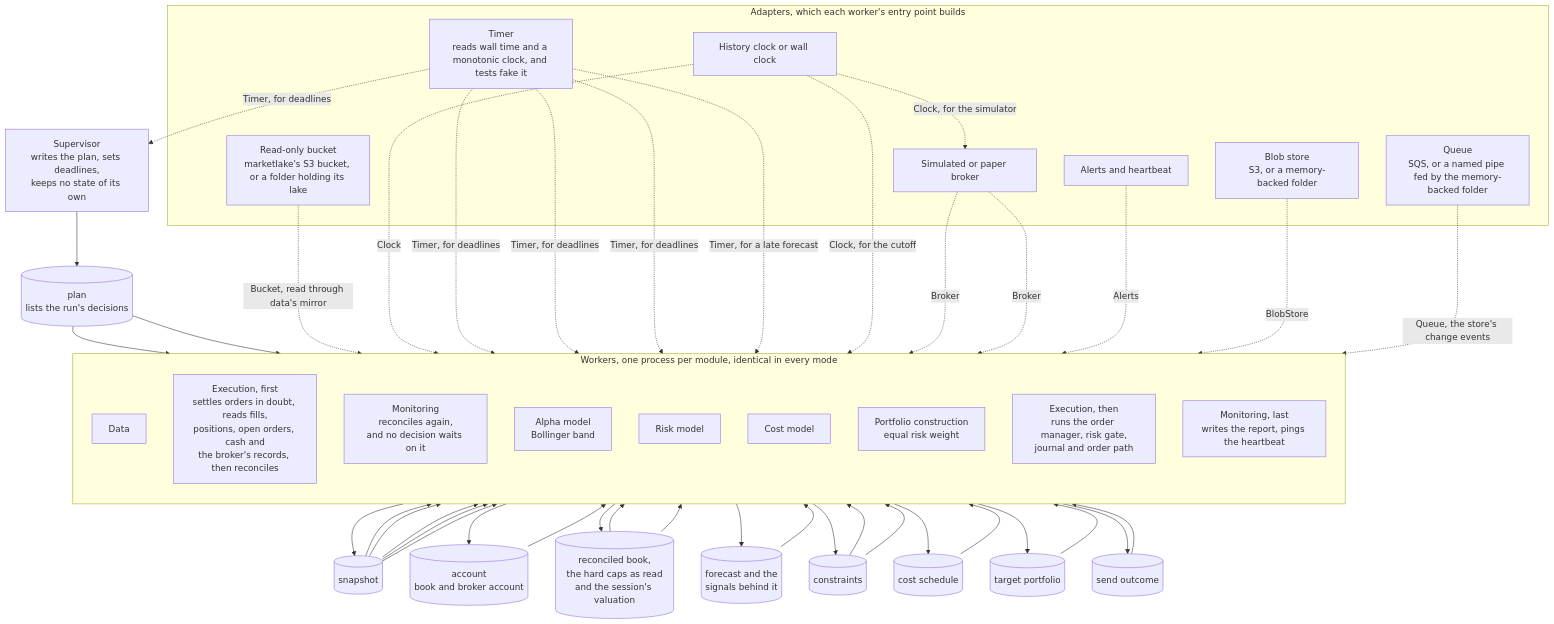
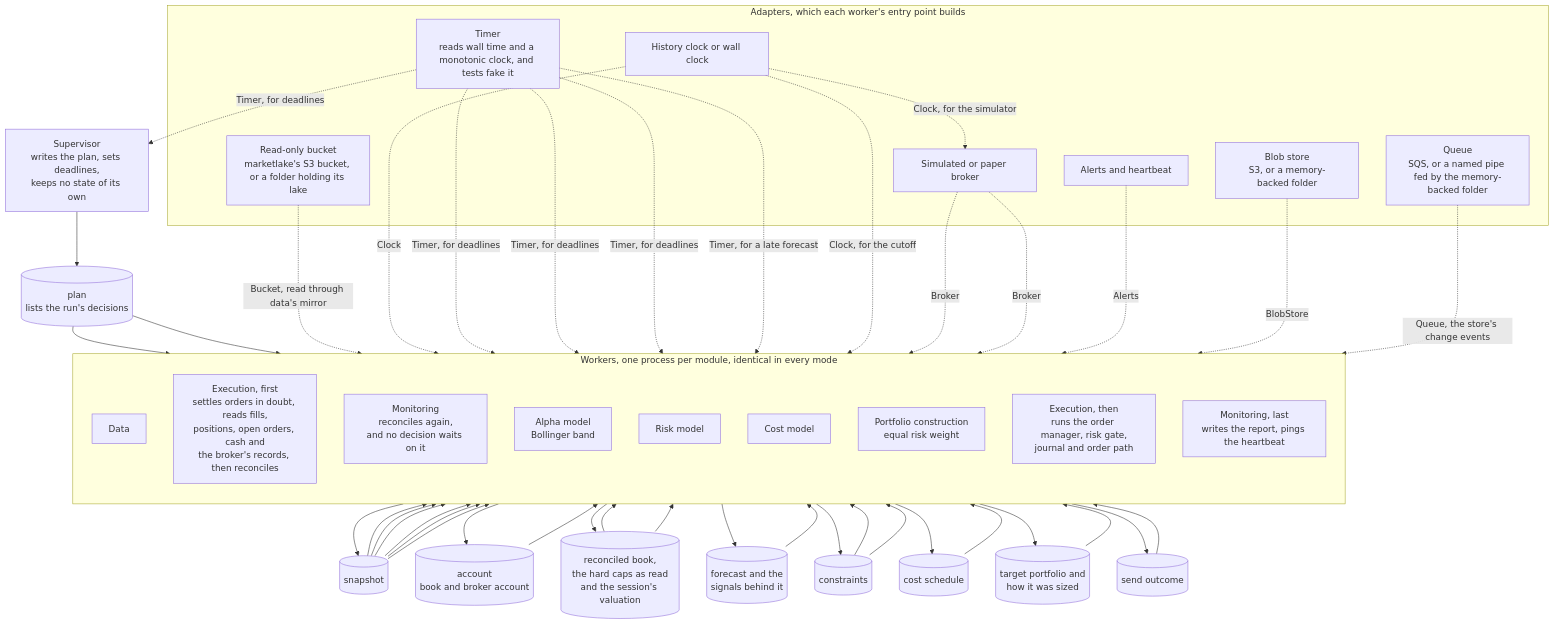
One commit to l3a0/ithildin-runtime changed the first of 8 diagrams in docs/architecture/05-building-blocks.md. Above: the diagram before and after it, drawn with Mermaid. The commit also changed other lines of this file and 36 other files, not shown here.

First line of the commit message:
feat(portfolio): each strategy's target, sized to G within three limits

````diff
--- a/docs/architecture/05-building-blocks.md
+++ b/docs/architecture/05-building-blocks.md
@@ -57,72 +57,73 @@
 ```mermaid
 flowchart TB
     sup["Supervisor<br/>writes the plan, sets deadlines,<br/>keeps no state of its own"]
     plan[("plan<br/>lists the run's decisions")]
     sup --> plan
 
     subgraph workers["Workers, one process per module, identical in every mode"]
         direction TB
         data["Data"]
         exec_recover["Execution, first<br/>settles orders in doubt, reads fills,<br/>positions, open orders, cash and<br/>the broker's records, then reconciles"]
         mon_recon["Monitoring<br/>reconciles again,<br/>and no decision waits on it"]
         alpha["Alpha model<br/>Bollinger band"]
         risk["Risk model"]
         cost["Cost model"]
         pc["Portfolio construction<br/>equal risk weight"]
         exec_send["Execution, then<br/>runs the order manager, risk gate,<br/>journal and order path"]
         mon_report["Monitoring, last<br/>writes the report, pings the heartbeat"]
     end
 
     snap[("snapshot")]
     acct[("account<br/>book and broker account")]
     book[("reconciled book,<br/>the hard caps as read<br/>and the session's valuation")]
     fc[("forecast and the<br/>signals behind it")]
     cons[("constraints")]
     sched[("cost schedule")]
-    target[("target portfolio")]
+    target[("target portfolio and<br/>how it was sized")]
     outcome[("send outcome")]
 
     plan --> data
     plan --> exec_recover
     snap --> exec_recover
     data --> snap
     exec_recover --> acct --> mon_recon
     exec_recover --> book
     snap --> alpha --> fc
     snap --> risk
     book --> risk --> cons
     snap --> cost --> sched
+    snap --> pc
     fc --> pc
     cons --> pc
     sched --> pc
     book --> pc --> target
     target --> exec_send
     cons --> exec_send
     snap --> exec_send
     exec_send --> outcome --> mon_report
 
     subgraph adapters["Adapters, which each worker's entry point builds"]
         lakesrc["Read-only bucket<br/>marketlake's S3 bucket, or a folder holding its lake"]
         clock["History clock or wall clock"]
         timer["Timer<br/>reads wall time and a monotonic clock, and tests fake it"]
         broker["Simulated or paper broker"]
         store["Blob store<br/>S3, or a memory-backed folder"]
         alertsink["Alerts and heartbeat"]
         queue["Queue<br/>SQS, or a named pipe fed by the memory-backed folder"]
     end
 
     lakesrc -. "Bucket, read through data's mirror" .-> data
     clock -. "Clock" .-> data
     timer -. "Timer, for deadlines" .-> sup
     timer -. "Timer, for deadlines" .-> mon_report
     timer -. "Timer, for deadlines" .-> exec_recover
     timer -. "Timer, for deadlines" .-> exec_send
     timer -. "Timer, for a late forecast" .-> pc
     clock -. "Clock, for the cutoff" .-> exec_send
     clock -. "Clock, for the simulator" .-> broker
     broker -. "Broker" .-> exec_recover
     broker -. "Broker" .-> exec_send
     store -. "BlobStore" .-> workers
     alertsink -. "Alerts" .-> mon_report
         queue -. "Queue, the store's change events" .-> workers
 ```
````
